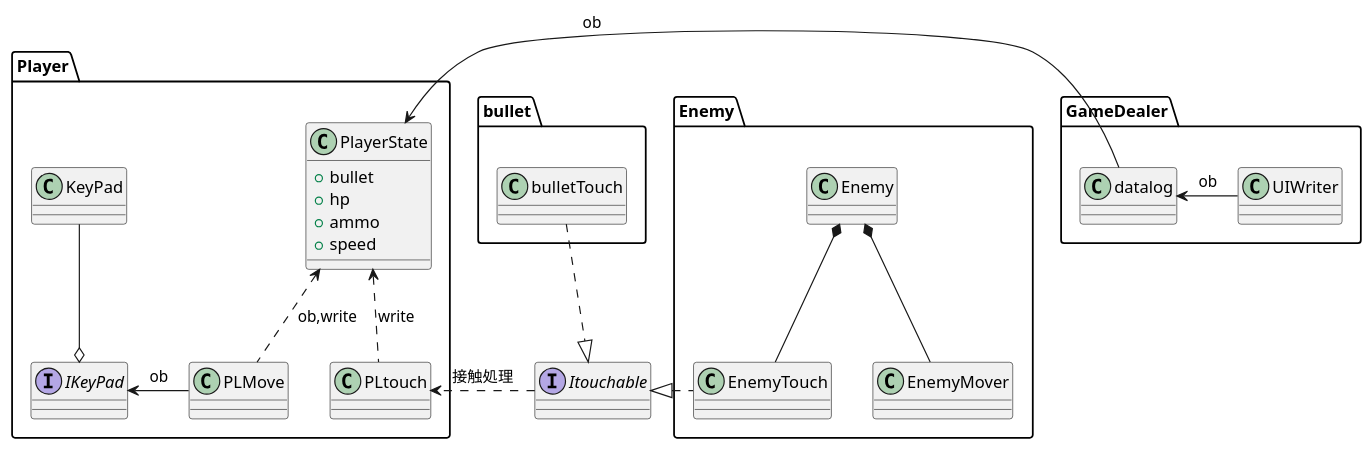
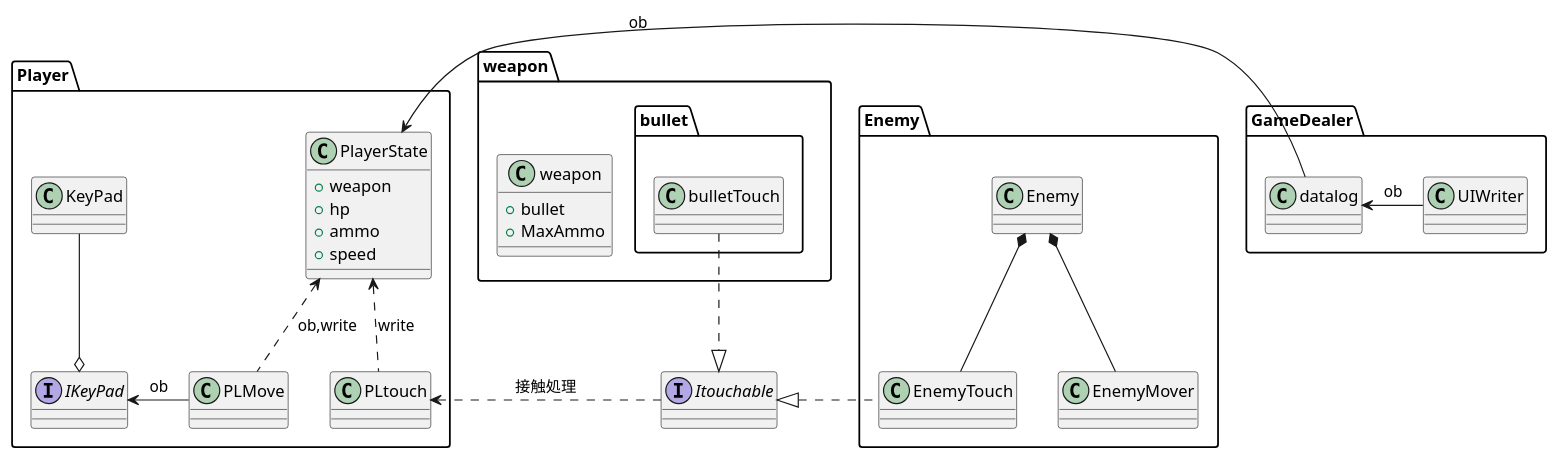
Before and after one commit to hitoiki/UnityRoomShooting: the diagram in Assets/Script/ClassDesign.pu, drawn with PlantUML. The commit also changed 166 other files, not shown here.

```diff
--- a/Assets/Script/ClassDesign.pu
+++ b/Assets/Script/ClassDesign.pu
@@ -1,51 +1,59 @@
 @startuml クラス図
 
 
 package Player{
 class PlayerState{
-+bullet
++weapon
 +hp
 +ammo
 +speed
 }
 
 class PLMove
 class PLtouch
 
 interface IKeyPad
 class KeyPad
 
 KeyPad --o IKeyPad
 IKeyPad <- PLMove : ob
 PlayerState <.. PLMove : ob,write
 PlayerState <.. PLtouch : write
 }
 
 interface Itouchable
 Itouchable .> PLtouch : 接触処理
 
-package bullet{
+package weapon{
+    class weapon{
+    +bullet
+    +MaxAmmo
+    }
+    package bullet{
     class bulletTouch
     Itouchable <|.Up. bulletTouch 
 }
+}
+
+
 
 package Enemy{
     class EnemyTouch
     class EnemyMover
     class Enemy
 
     Enemy *-- EnemyMover
     Enemy *-- EnemyTouch
     Itouchable <|. EnemyTouch
 }
 
 package GameDealer{
     class datalog
     class UIWriter
 
     PlayerState <- datalog : ob
     datalog <- UIWriter : ob
 
 }
 
 @enduml
```
